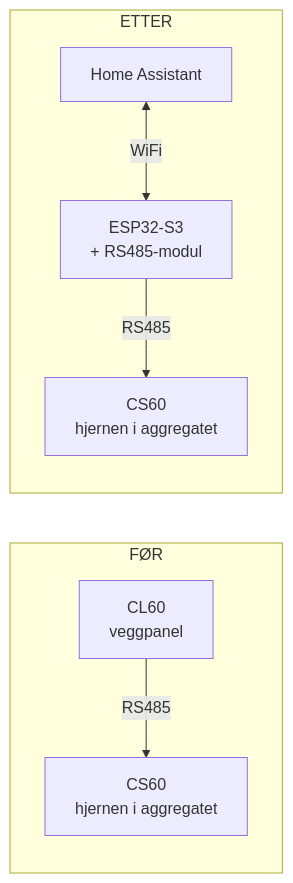
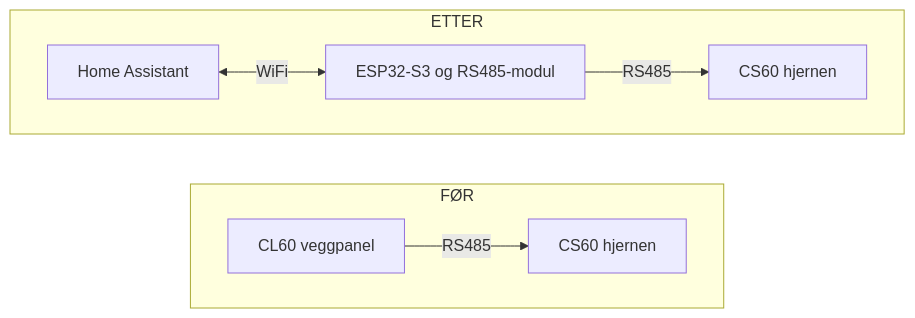
One commit to galvheim/esphome-flexit-uni3 changed the diagram in README.md. Above: the diagram before and after it, drawn with Mermaid.

Commit message:
README: retter diagrammet så GitHub klarer å tegne det

````diff
--- a/README.md
+++ b/README.md
@@ -36,9 +36,12 @@
 ```mermaid
 flowchart LR
-  subgraph FØR
-    CL60["CL60<br/>veggpanel"] -- RS485 --> CS60a["CS60<br/>hjernen i aggregatet"]
+  subgraph before ["FØR"]
+    direction LR
+    CL60["CL60 veggpanel"] -->|RS485| CS60A["CS60 hjernen"]
   end
-  subgraph ETTER
-    HA["Home Assistant"] <-- WiFi --> ESP["ESP32-S3<br/>+ RS485-modul"] -- RS485 --> CS60b["CS60<br/>hjernen i aggregatet"]
+  subgraph after ["ETTER"]
+    direction LR
+    HA["Home Assistant"] <-->|WiFi| ESP["ESP32-S3 og RS485-modul"]
+    ESP -->|RS485| CS60B["CS60 hjernen"]
   end
 ```
````
